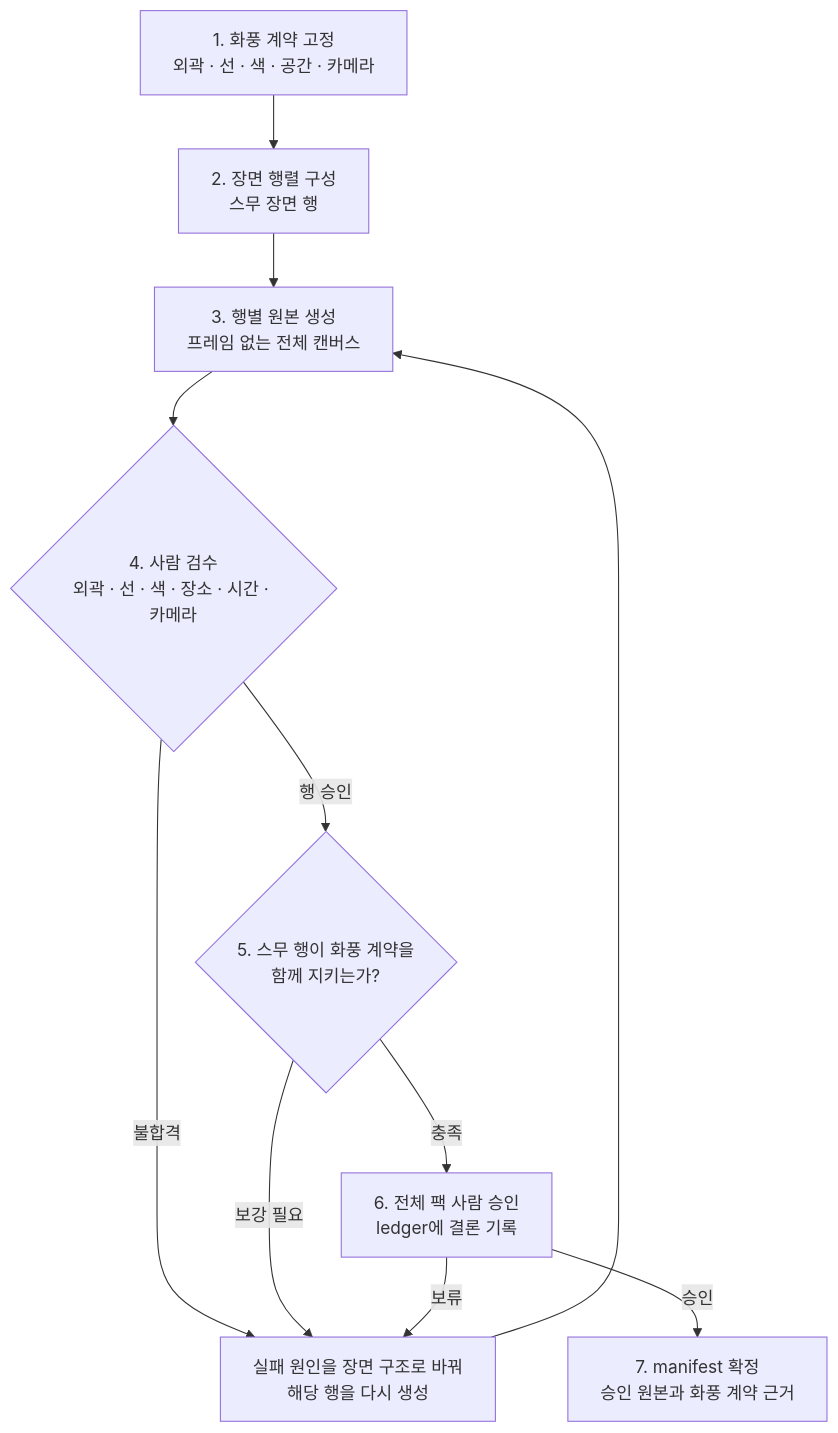
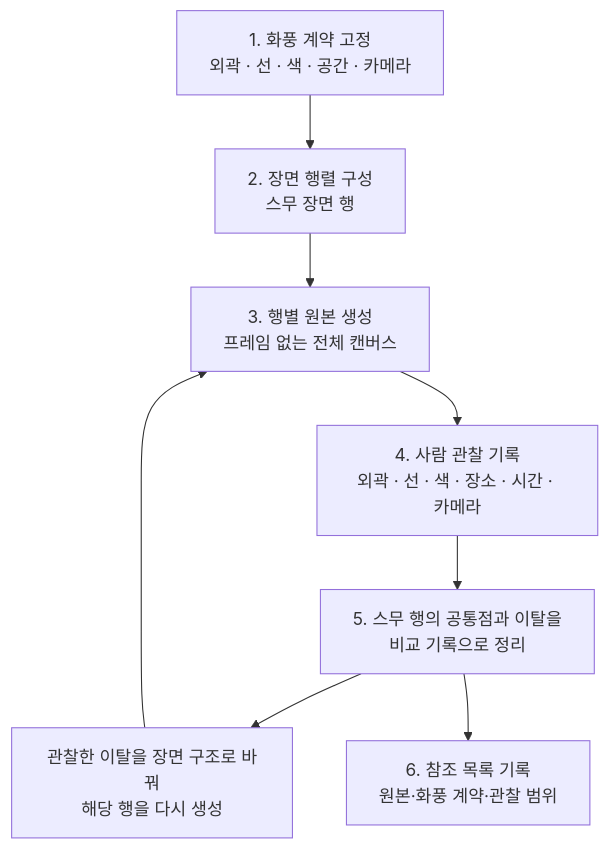
One commit to devchan64/AiBook changed the diagram in docs/assets/part-07/chapter-05/p7-5-1-style-reference-pipeline-ko.mmd. Above: the diagram before and after it, drawn with Mermaid. The commit also changed 9 other files, not shown here.

```diff
--- a/docs/assets/part-07/chapter-05/p7-5-1-style-reference-pipeline-ko.mmd
+++ b/docs/assets/part-07/chapter-05/p7-5-1-style-reference-pipeline-ko.mmd
@@ -1,17 +1,13 @@
 flowchart TD
   contract["1. 화풍 계약 고정<br/>외곽 · 선 · 색 · 공간 · 카메라"]
   matrix["2. 장면 행렬 구성<br/>스무 장면 행"]
   generate["3. 행별 원본 생성<br/>프레임 없는 전체 캔버스"]
-  review{"4. 사람 검수<br/>외곽 · 선 · 색 · 장소 · 시간 · 카메라"}
-  repair["실패 원인을 장면 구조로 바꿔<br/>해당 행을 다시 생성"]
-  coverage{"5. 스무 행이 화풍 계약을<br/>함께 지키는가?"}
-  pack["6. 전체 팩 사람 승인<br/>ledger에 결론 기록"]
-  manifest["7. manifest 확정<br/>승인 원본과 화풍 계약 근거"]
+  review["4. 사람 관찰 기록<br/>외곽 · 선 · 색 · 장소 · 시간 · 카메라"]
+  repair["관찰한 이탈을 장면 구조로 바꿔<br/>해당 행을 다시 생성"]
+  coverage["5. 스무 행의 공통점과 이탈을<br/>비교 기록으로 정리"]
+  manifest["6. 참조 목록 기록<br/>원본·화풍 계약·관찰 범위"]
 
   contract --> matrix --> generate --> review
-  review -- 불합격 --> repair --> generate
-  review -- 행 승인 --> coverage
-  coverage -- 보강 필요 --> repair
-  coverage -- 충족 --> pack
-  pack -- 승인 --> manifest
-  pack -- 보류 --> repair
+  review --> coverage
+  coverage --> repair --> generate
+  coverage --> manifest
```
